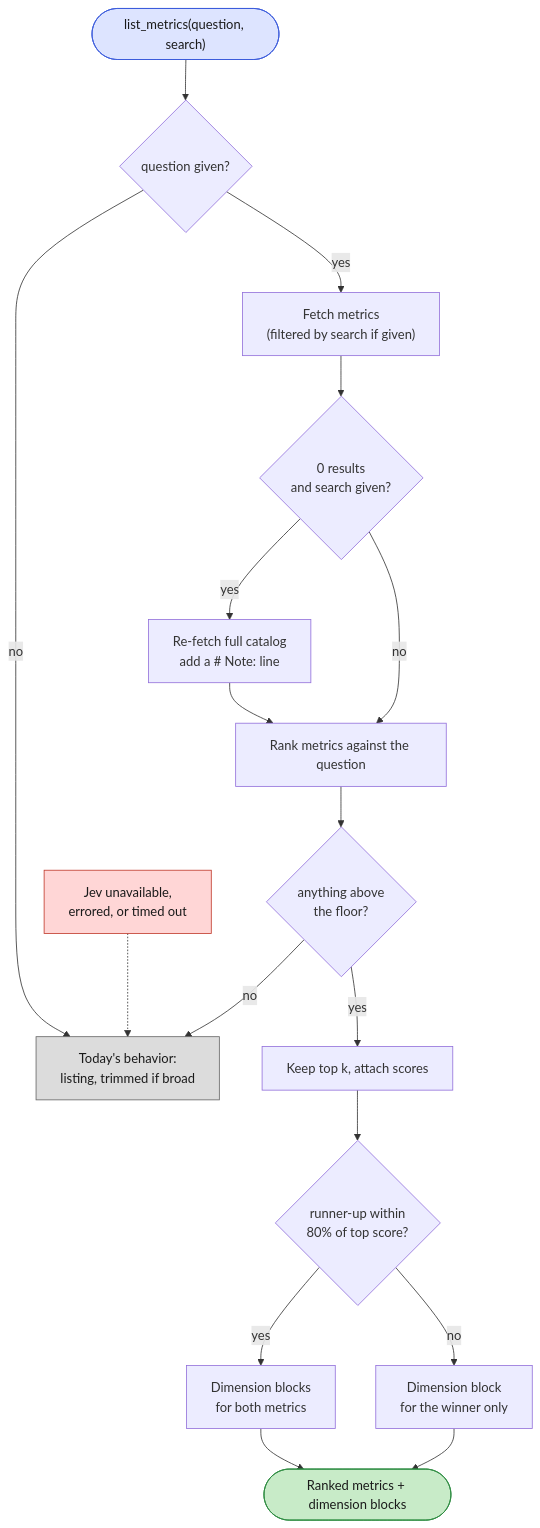
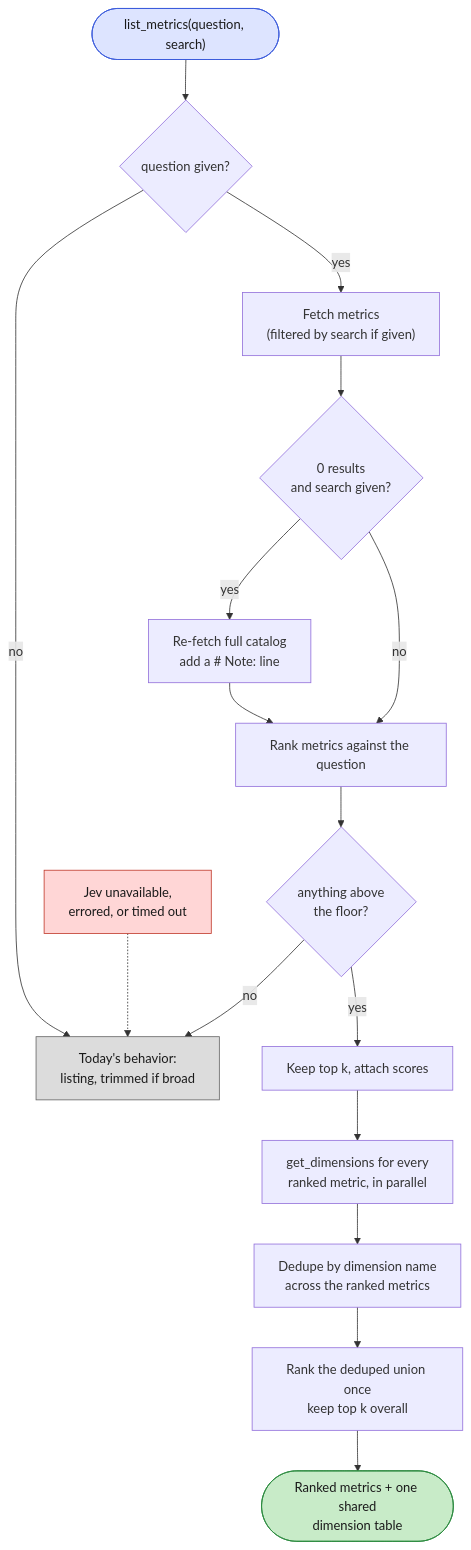
The third of 3 diagrams in docs/jev-relevance-filtering.md (dbt-labs/dbt-mcp), drawn with Mermaid before and after one commit. The commit also changed other lines of this file and 8 other files, not shown here.

First line of the commit message:
Dedupe Jev dimension ranking across ranked metrics instead of gating by score

````diff
--- a/docs/jev-relevance-filtering.md
+++ b/docs/jev-relevance-filtering.md
@@ -153,24 +154,23 @@
 ```mermaid
 flowchart TD
     S(["list_metrics(question, search)"]) --> HQ{"question given?"}
     HQ -->|no| OLD["Today's behavior:<br/>listing, trimmed if broad"]
     HQ -->|yes| FETCH["Fetch metrics<br/>(filtered by search if given)"]
     FETCH --> EMPTY{"0 results<br/>and search given?"}
     EMPTY -->|yes| WIDEN["Re-fetch full catalog<br/>add a # Note: line"]
     EMPTY -->|no| RANK
     WIDEN --> RANK["Rank metrics against the question"]
     RANK --> FLOOR{"anything above<br/>the floor?"}
     FLOOR -->|no| OLD
     FLOOR -->|yes| TOPK["Keep top k, attach scores"]
-    TOPK --> GATE{"runner-up within<br/>80% of top score?"}
-    GATE -->|yes| BOTH["Dimension blocks<br/>for both metrics"]
-    GATE -->|no| ONE["Dimension block<br/>for the winner only"]
-    BOTH --> OUT(["Ranked metrics + dimension blocks"])
-    ONE --> OUT
+    TOPK --> FETCH2["get_dimensions for every<br/>ranked metric, in parallel"]
+    FETCH2 --> DEDUPE["Dedupe by dimension name<br/>across the ranked metrics"]
+    DEDUPE --> RANKD["Rank the deduped union once<br/>keep top k overall"]
+    RANKD --> OUT(["Ranked metrics + one shared<br/>dimension table"])
     ERR["Jev unavailable,<br/>errored, or timed out"] -.-> OLD
 
     style OLD fill:#dcdcdc,stroke:#666,color:#1a1a1a
     style ERR fill:#ffd6d6,stroke:#c0392b,color:#1a1a1a
     style OUT fill:#c8ebc8,stroke:#2b8a3e,color:#1a1a1a
     style S fill:#dde4ff,stroke:#3b5bdb,color:#1a1a1a
 ```
````
